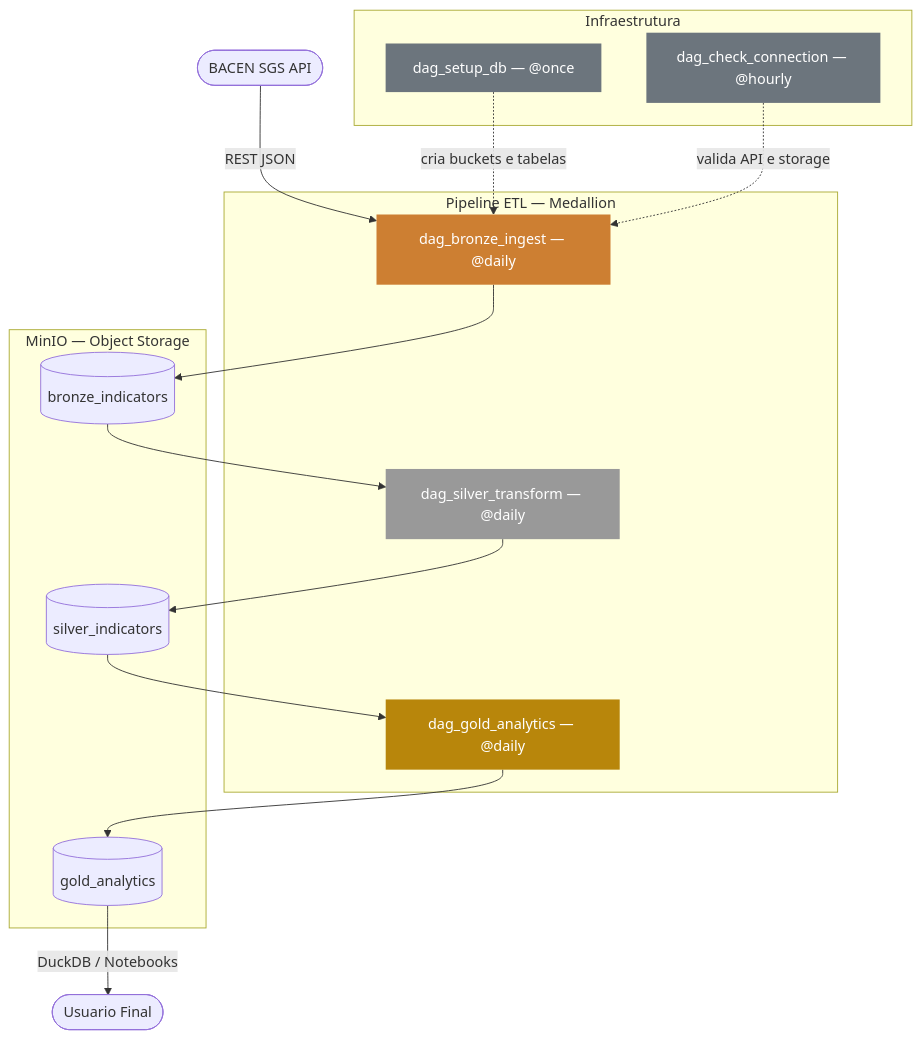
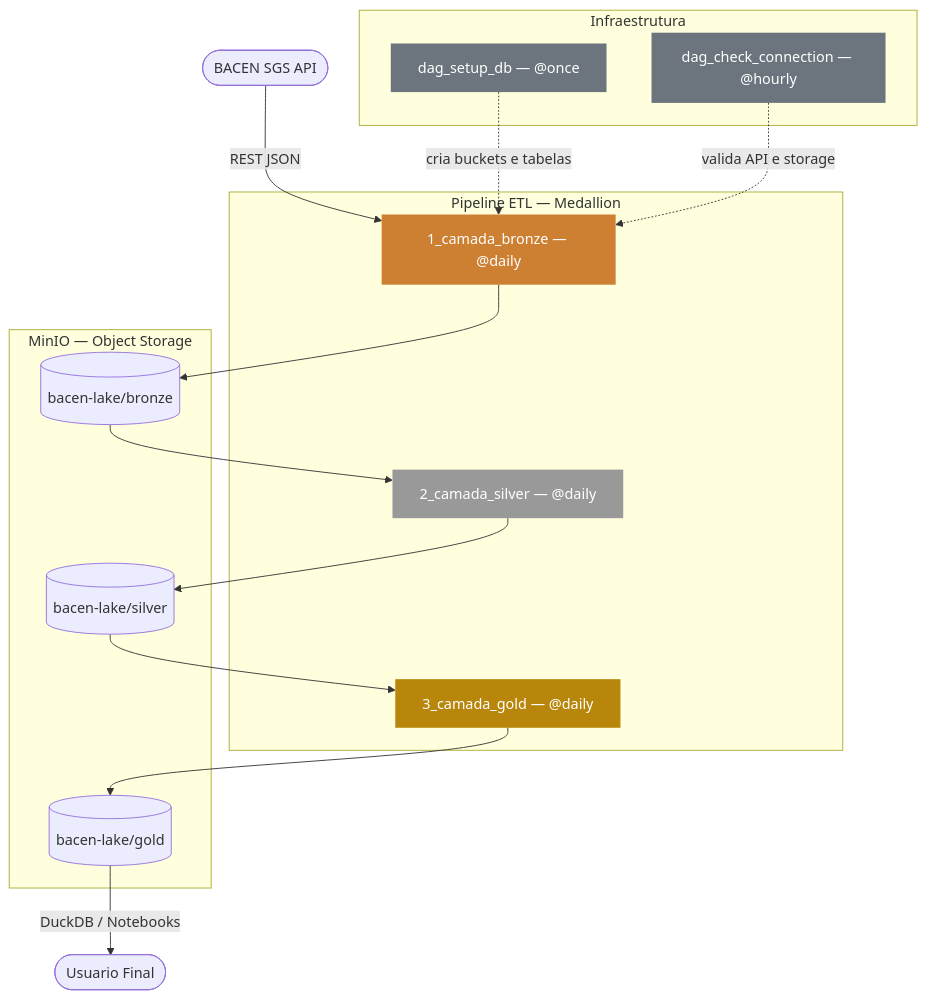
Before and after one commit to samuelZ20/brazilian_economic_pipeline: the diagram in README.md, drawn with Mermaid. The commit also changed other lines of this file, not shown here.

````diff
--- a/README.md
+++ b/README.md
@@ -9,37 +13,37 @@
 ```mermaid
 flowchart TD
     API([BACEN SGS API]) -->|REST JSON| BRONZE
 
     subgraph INFRA ["Infraestrutura"]
         SETUP["dag_setup_db — @once"]:::infra
         CHECK["dag_check_connection — @hourly"]:::infra
     end
 
     subgraph ETL ["Pipeline ETL — Medallion"]
-        BRONZE["dag_bronze_ingest — @daily"]:::bronze
-        SILVER["dag_silver_transform — @daily"]:::silver
-        GOLD["dag_gold_analytics — @daily"]:::gold
+        BRONZE["1_camada_bronze — @daily"]:::bronze
+        SILVER["2_camada_silver — @daily"]:::silver
+        GOLD["3_camada_gold — @daily"]:::gold
     end
 
     SETUP -.->|cria buckets e tabelas| BRONZE
     CHECK -.->|valida API e storage| BRONZE
 
-    BRONZE --> DB_B[(bronze_indicators)]
+    BRONZE --> DB_B[(bacen-lake/bronze)]
     DB_B --> SILVER
-    SILVER --> DB_S[(silver_indicators)]
+    SILVER --> DB_S[(bacen-lake/silver)]
     DB_S --> GOLD
-    GOLD --> DB_G[(gold_analytics)]
+    GOLD --> DB_G[(bacen-lake/gold)]
 
     subgraph STORAGE ["MinIO — Object Storage"]
         DB_B
         DB_S
         DB_G
     end
 
     DB_G -->|DuckDB / Notebooks| USER([Usuario Final])
 
     classDef infra fill:#6c757d,color:#fff,stroke:none
     classDef bronze fill:#cd7f32,color:#fff,stroke:none
     classDef silver fill:#999,color:#fff,stroke:none
     classDef gold fill:#b8860b,color:#fff,stroke:none
 ```
````
